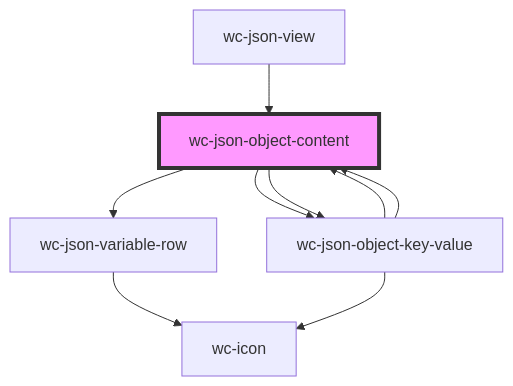
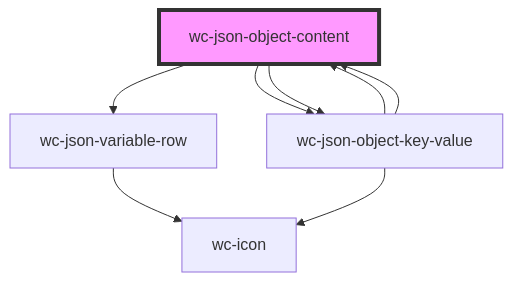
One commit to gitbu/wc-ui changed the diagram in src/components/json-object-content/readme.md. Above: the diagram before and after it, drawn with Mermaid. The commit also changed other lines of this file and 5 other files, not shown here.

````diff
--- a/src/components/json-object-content/readme.md
+++ b/src/components/json-object-content/readme.md
@@ -34,12 +40,11 @@
 ```mermaid
 graph TD;
   wc-json-object-content --> wc-json-variable-row
   wc-json-object-content --> wc-json-object-key-value
   wc-json-object-content --> wc-json-object-key-value
   wc-json-variable-row --> wc-icon
   wc-json-object-key-value --> wc-icon
   wc-json-object-key-value --> wc-json-object-content
   wc-json-object-key-value --> wc-json-object-content
-  wc-json-view --> wc-json-object-content
   style wc-json-object-content fill:#f9f,stroke:#333,stroke-width:4px
 ```
````
